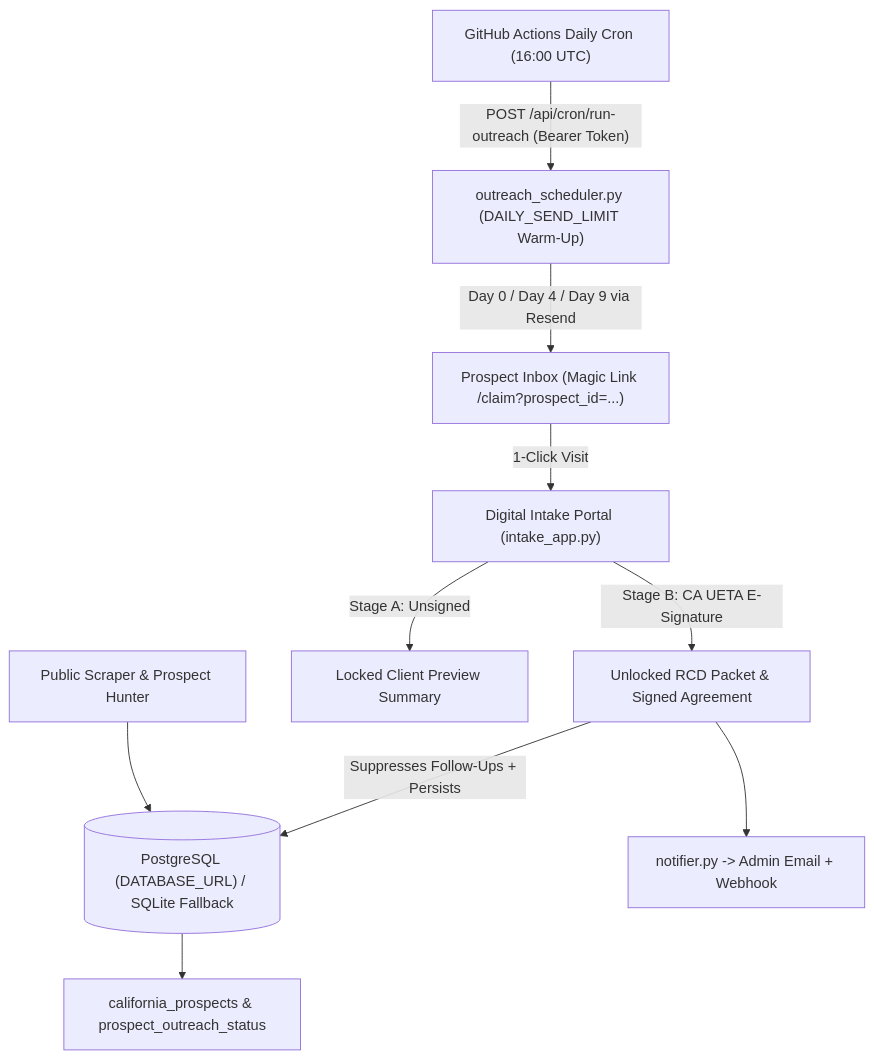
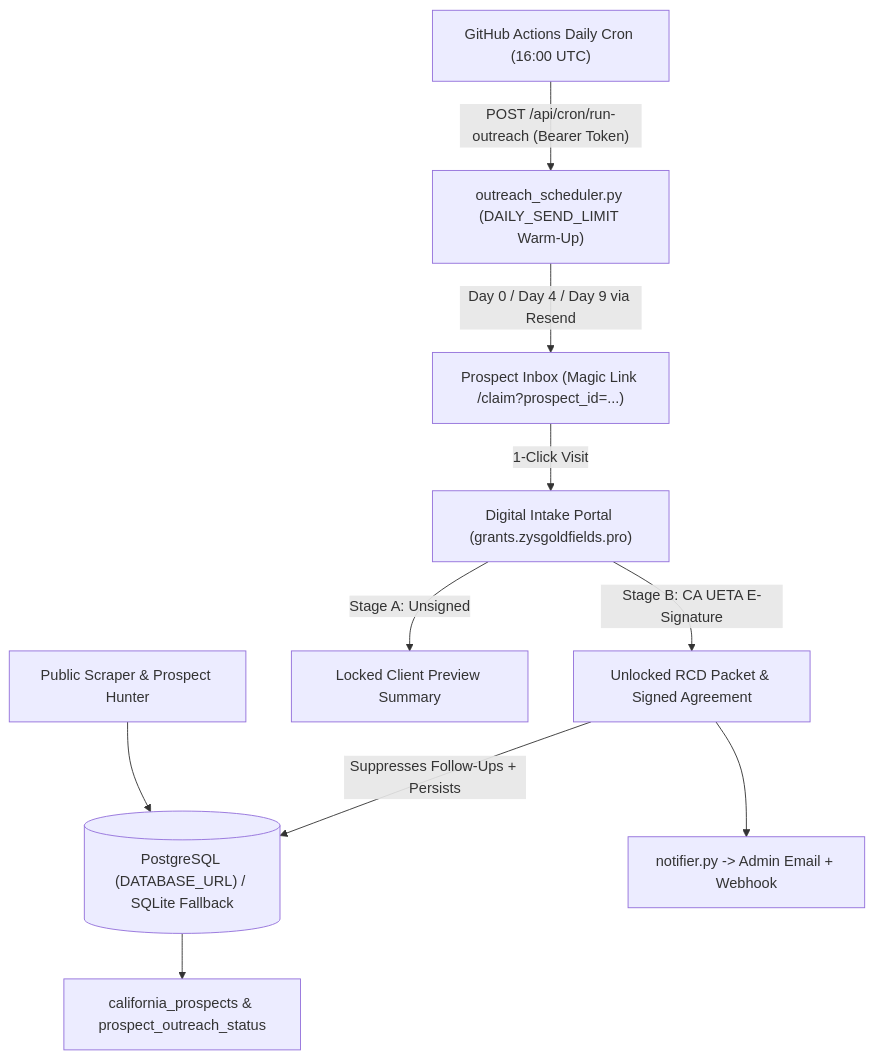
Before and after one commit to yellowrabbit17/zys-goldfields-intake: the diagram in README.md, drawn with Mermaid. The commit also changed other lines of this file and 19 other files, not shown here.

Commit message:
feat: switch primary domain to https://grants.zysgoldfields.pro, tighten CORS/cookie/no-cache headers, and set DAILY_SEND_LIMIT=5

````diff
--- a/README.md
+++ b/README.md
@@ -33,12 +34,12 @@
 ```mermaid
 flowchart TD
     A["Public Scraper & Prospect Hunter"] --> B[("PostgreSQL (DATABASE_URL) / SQLite Fallback")]
     B --> C["california_prospects & prospect_outreach_status"]
     D["GitHub Actions Daily Cron (16:00 UTC)"] -->|"POST /api/cron/run-outreach (Bearer Token)"| E["outreach_scheduler.py (DAILY_SEND_LIMIT Warm-Up)"]
     E -->|"Day 0 / Day 4 / Day 9 via Resend"| F["Prospect Inbox (Magic Link /claim?prospect_id=...)"]
-    F -->|"1-Click Visit"| G["Digital Intake Portal (intake_app.py)"]
+    F -->|"1-Click Visit"| G["Digital Intake Portal (grants.zysgoldfields.pro)"]
     G -->|"Stage A: Unsigned"| H["Locked Client Preview Summary"]
     G -->|"Stage B: CA UETA E-Signature"| I["Unlocked RCD Packet & Signed Agreement"]
     I -->|"Suppresses Follow-Ups + Persists"| B
     I --> J["notifier.py -> Admin Email + Webhook"]
 ```
````
